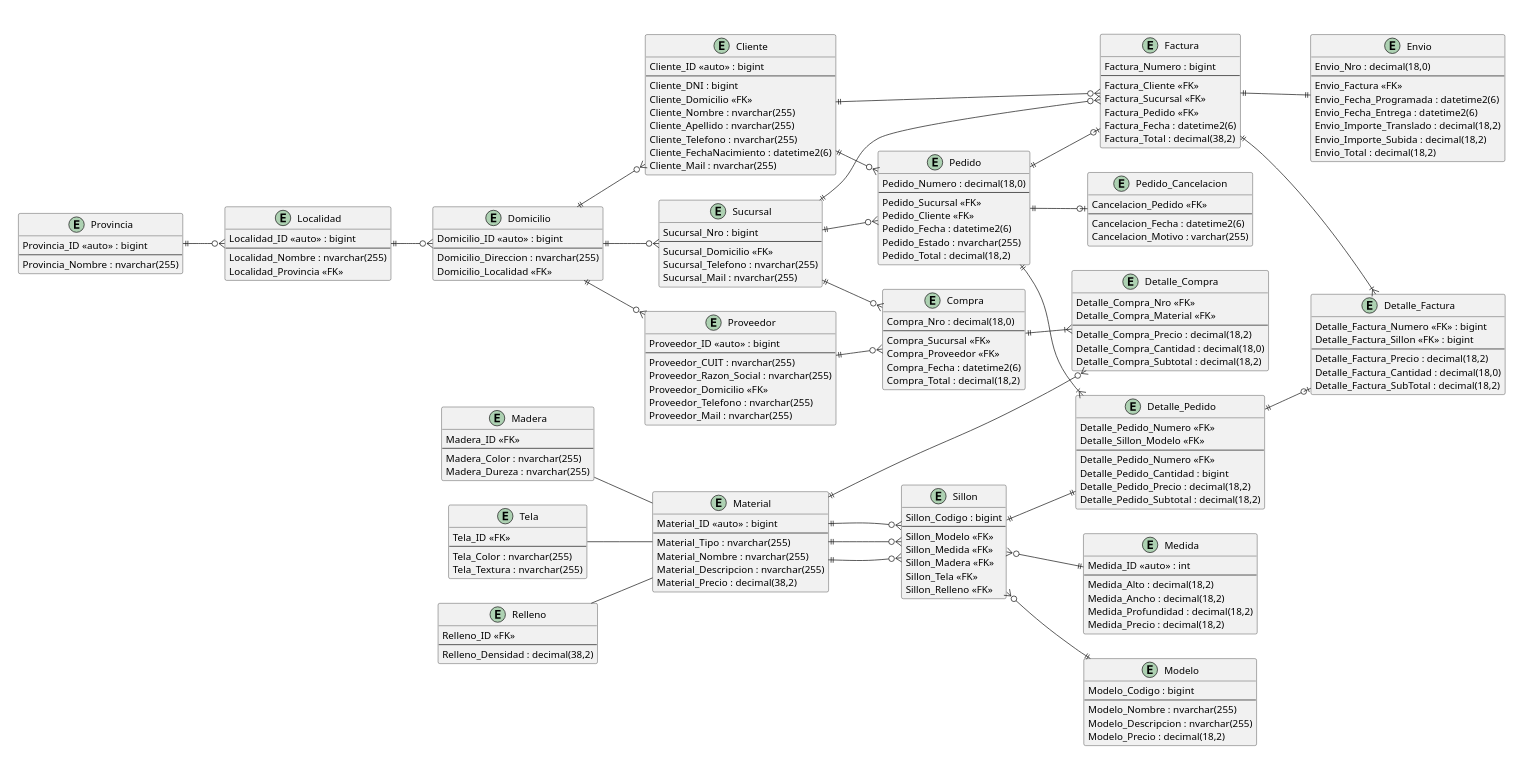
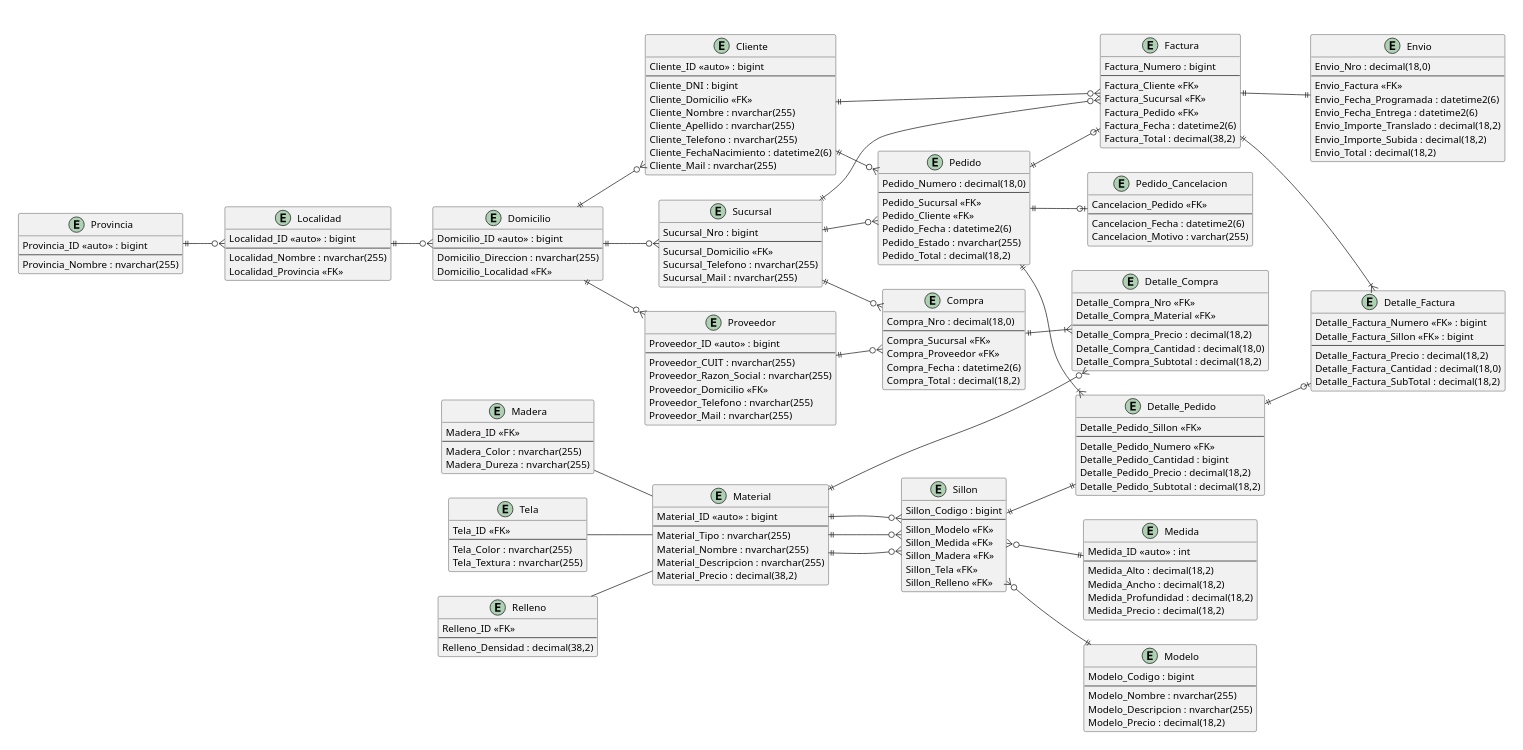
Before and after one commit to JuanManuelRama/BasesDeDatos: the diagram in DER.puml, drawn with PlantUML.

Commit message:
Solo el sillón es PK,

```diff
--- a/DER.puml
+++ b/DER.puml
@@ -175,8 +175,7 @@
     Pedido_Total : decimal(18,2)
   }
   entity Detalle_Pedido {
-    Detalle_Pedido_Numero <<FK>>
-    Detalle_Sillon_Modelo <<FK>>
+    Detalle_Pedido_Sillon <<FK>>
     --
     Detalle_Pedido_Numero <<FK>>
     Detalle_Pedido_Cantidad : bigint
```
